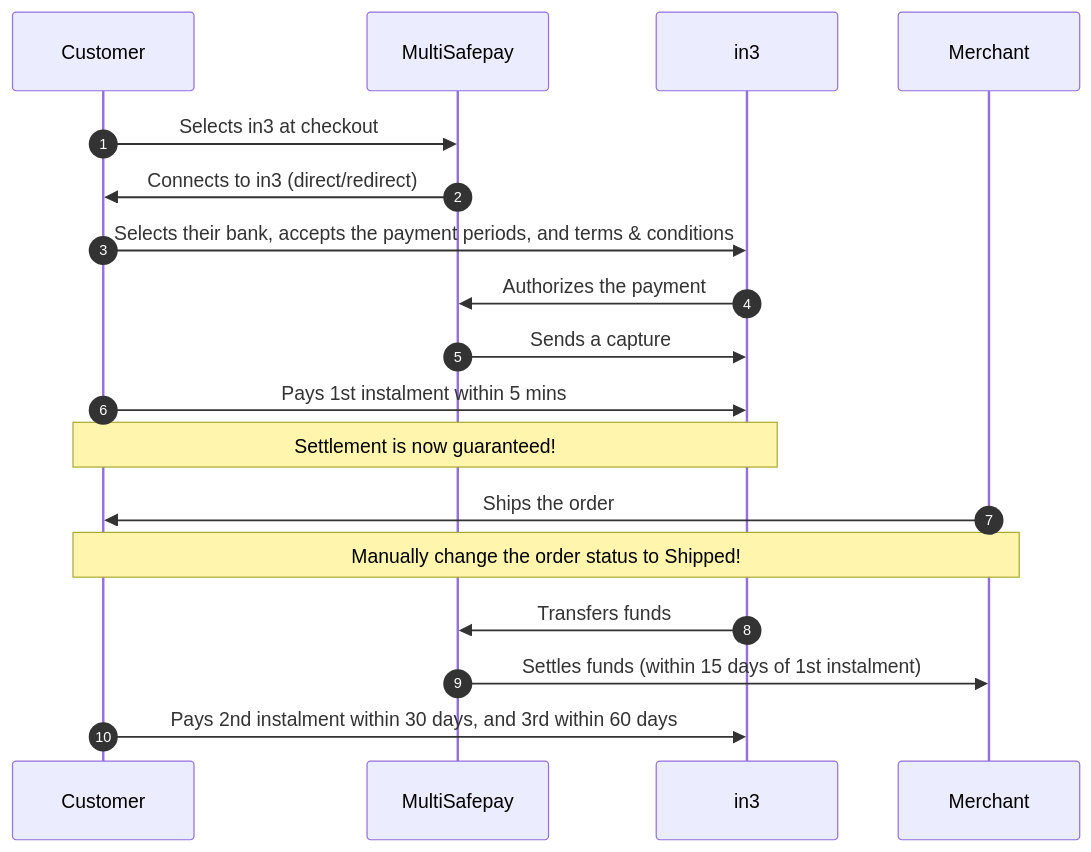
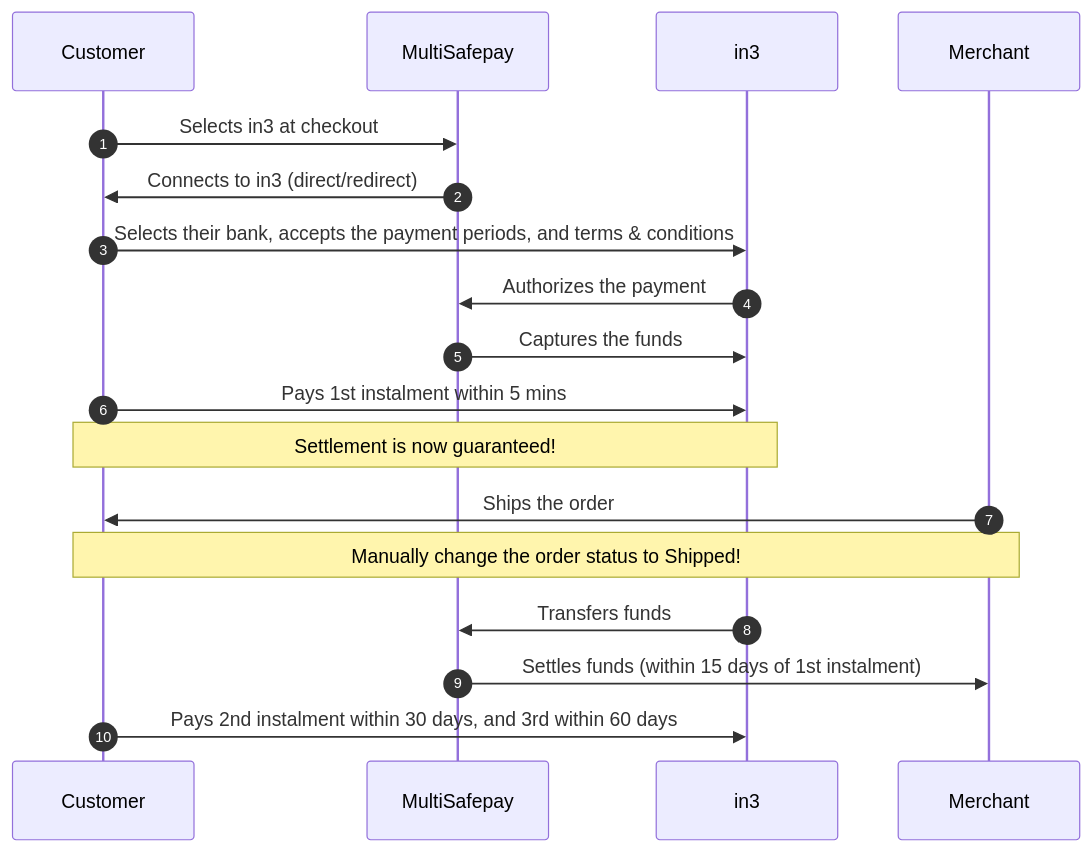
One commit to MultiSafepay/docs changed the diagram in content/payments/methods/pay-later/in3/payment-flow.md. Above: the diagram before and after it, drawn with Mermaid. The commit also changed 5 other files, not shown here.

```diff
--- a/content/payments/methods/pay-later/in3/payment-flow.md
+++ b/content/payments/methods/pay-later/in3/payment-flow.md
@@ -17,23 +17,23 @@
 {{< mermaid class="text-center" >}}
 
 sequenceDiagram
     autonumber
     participant C as Customer
     participant Mu as MultiSafepay
     participant I as in3
     participant Me as Merchant
 
     C->>Mu: Selects in3 at checkout
     Mu->>C: Connects to in3 (direct/redirect)
     C->>I: Selects their bank, accepts the payment periods, and terms & conditions
     I->>Mu: Authorizes the payment
-    Mu->>I: Sends a capture
+    Mu->>I: Captures the funds
     C->>I: Pays 1st instalment within 5 mins
     Note over C,I: Settlement is now guaranteed!
     Me->>C: Ships the order
     Note over Me,C: Manually change the order status to Shipped! 
     I->>Mu: Transfers funds 
     Mu->>Me: Settles funds (within 15 days of 1st instalment)
     C->>I: Pays 2nd instalment within 30 days, and 3rd within 60 days 
 
 {{< /mermaid >}}
```
